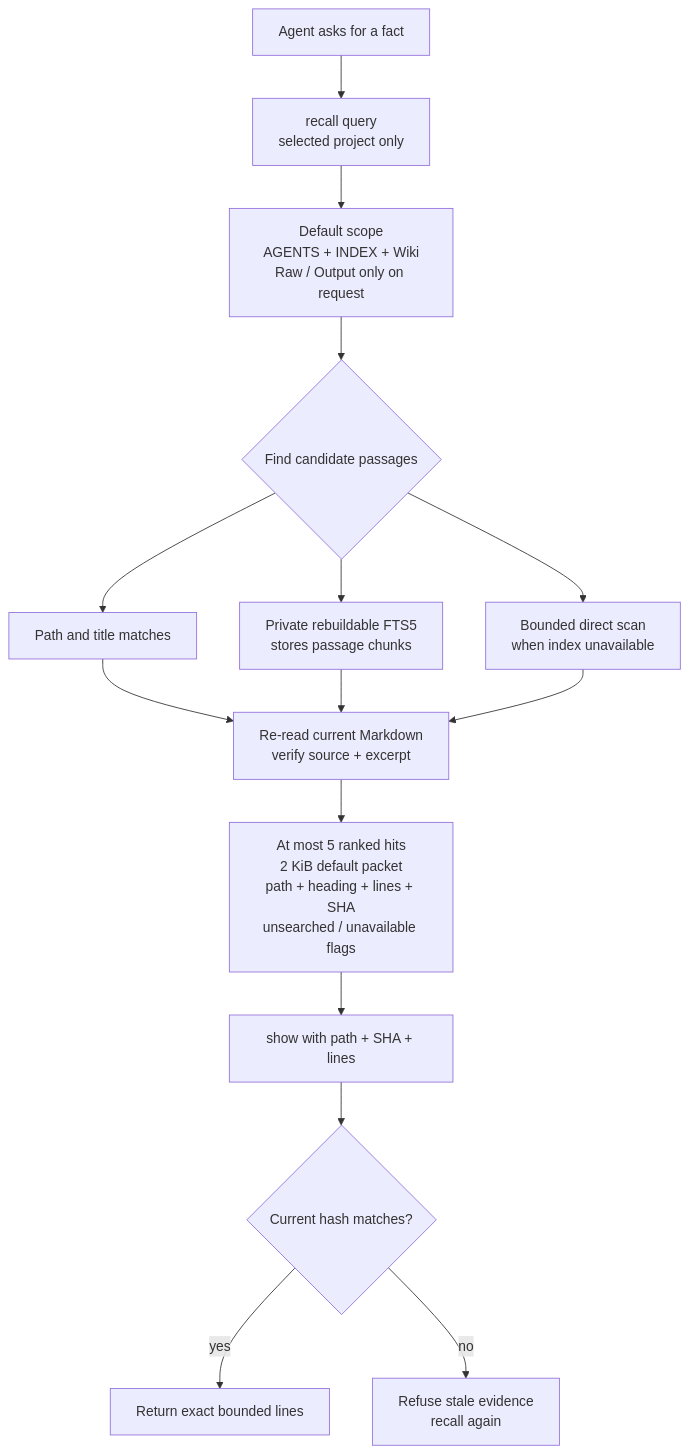
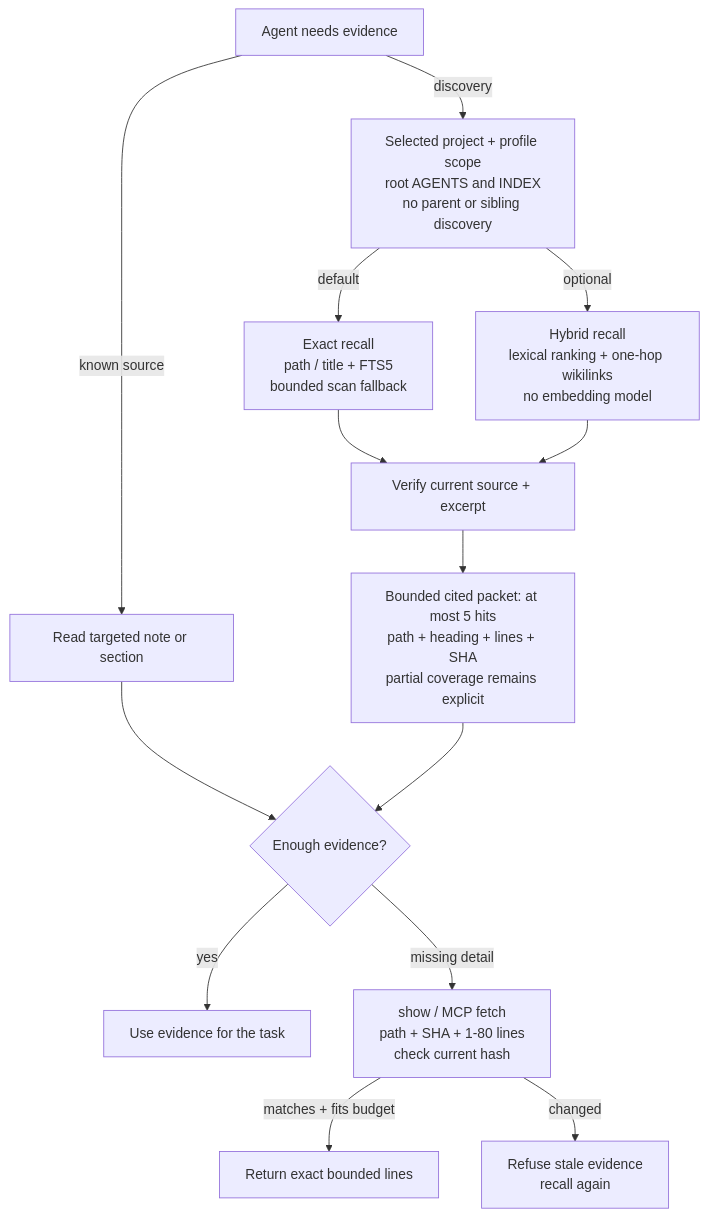
Before and after one commit to Kian-hdr/isolinear-memory: the second of 6 diagrams in README.md, drawn with Mermaid. The commit also changed other lines of this file and 24 other files, not shown here.

First line of the commit message:
Explain Isolinear architecture and simplify setup guidance (#7)

````diff
--- a/README.md
+++ b/README.md
@@ -98,19 +153,18 @@
 ```mermaid
 flowchart TB
-  accTitle: Bounded recall verifies current Markdown before returning evidence
-  accDescr: Recall searches the selected project's Wiki and root routing files by default. Path matches, private FTS5 chunks and bounded direct scanning provide candidates. Every returned hit is checked against current Markdown. Show expands lines only when the source hash still matches; incomplete coverage is reported.
-  Q["Agent asks for a fact"] --> R["recall query<br/>selected project only"]
-  R --> S["Default scope<br/>AGENTS + INDEX + Wiki<br/>Raw / Output only on request"]
-  S --> C{"Find candidate passages"}
-  C --> P["Path and title matches"]
-  C --> I["Private rebuildable FTS5<br/>stores passage chunks"]
-  C --> D["Bounded direct scan<br/>when index unavailable"]
-  P --> V["Re-read current Markdown<br/>verify source + excerpt"]
+  accTitle: Retrieve small evidence, expand only when needed
+  accDescr: Known notes can be read directly. Discovery uses exact recall or optional hybrid lexical and explicit-link ranking within the selected profile. Current Markdown is checked before small cited hits are returned. Coverage limits remain visible. Expand only missing detail, with stale source hashes refused.
+  Q["Agent needs evidence"] -->|"known source"| N["Read targeted note or section"]
+  Q -->|"discovery"| S["Selected project + profile scope<br/>root AGENTS and INDEX<br/>no parent or sibling discovery"]
+  S -->|"default"| P["Exact recall<br/>path / title + FTS5<br/>bounded scan fallback"]
+  S -->|"optional"| I["Hybrid recall<br/>lexical ranking + one-hop wikilinks<br/>no embedding model"]
+  P --> V["Verify current source + excerpt"]
   I --> V
-  D --> V
-  V --> O["At most 5 ranked hits<br/>2 KiB default packet<br/>path + heading + lines + SHA<br/>unsearched / unavailable flags"]
-  O --> H["show with path + SHA + lines"]
-  H --> G{"Current hash matches?"}
-  G -->|"yes"| E["Return exact bounded lines"]
-  G -->|"no"| X["Refuse stale evidence<br/>recall again"]
+  V --> O["Bounded cited packet: at most 5 hits<br/>path + heading + lines + SHA<br/>partial coverage remains explicit"]
+  N --> D{"Enough evidence?"}
+  O --> D
+  D -->|"yes"| A["Use evidence for the task"]
+  D -->|"missing detail"| H["show / MCP fetch<br/>path + SHA + 1-80 lines<br/>check current hash"]
+  H -->|"matches + fits budget"| E["Return exact bounded lines"]
+  H -->|"changed"| X["Refuse stale evidence<br/>recall again"]
 ```
````
